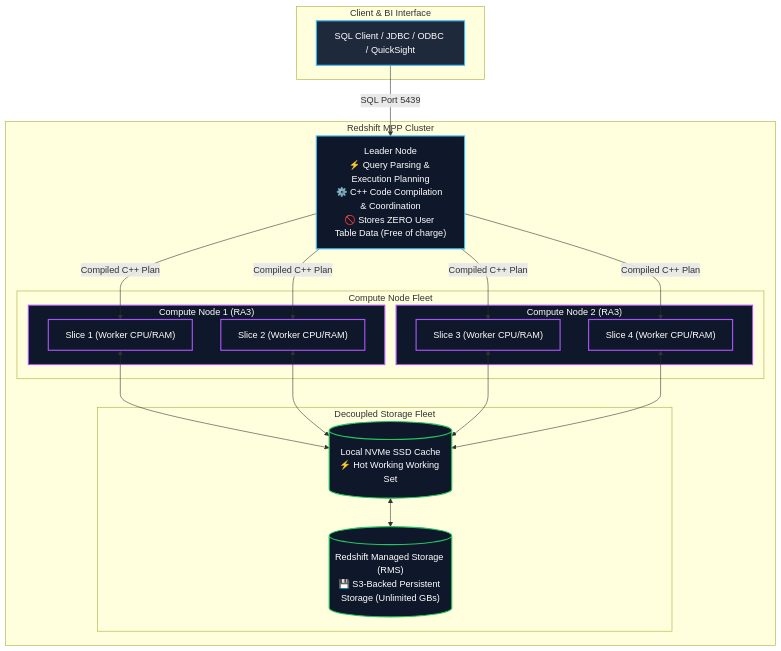
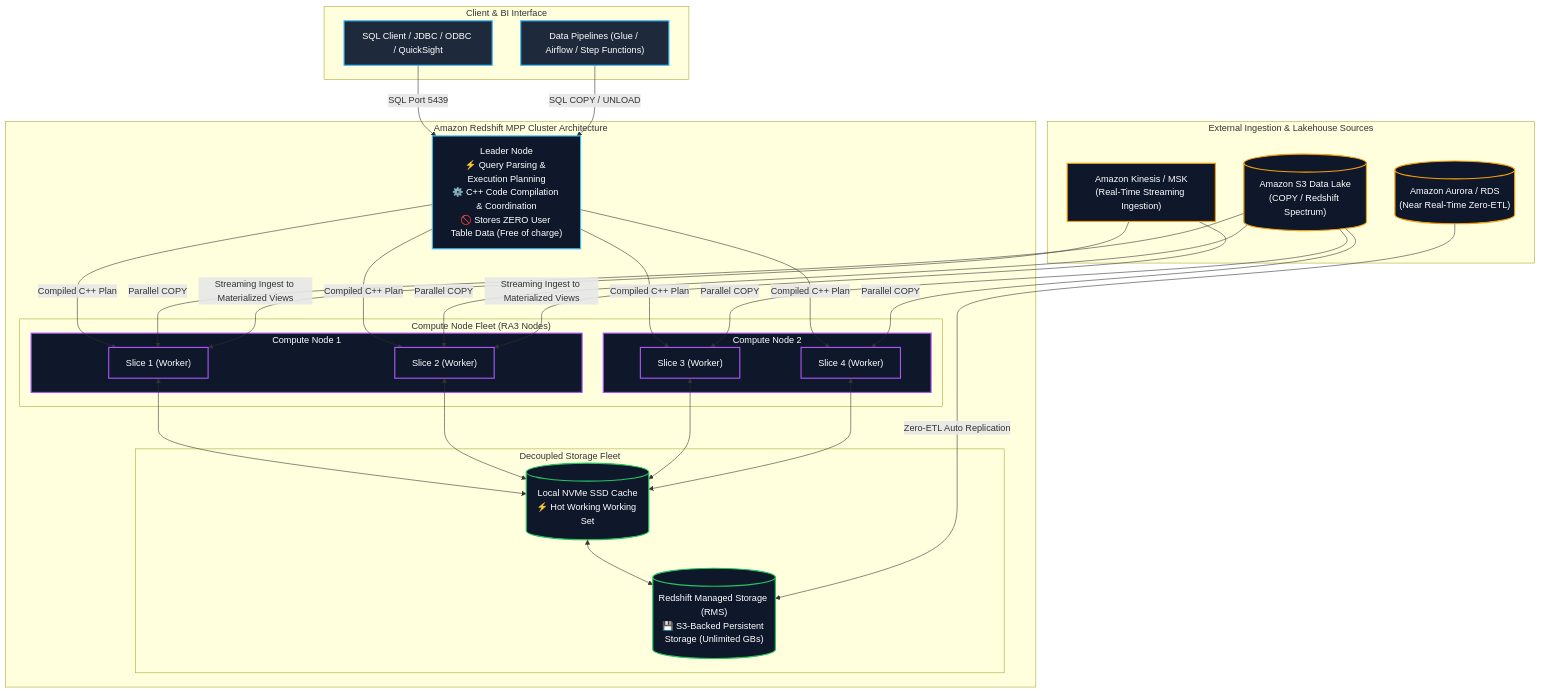
Before and after one commit to Wathon/aws-dea-c01-note: the first of 8 diagrams in content/02-services/database/redshift.md, drawn with Mermaid. The commit also changed other lines of this file, not shown here.

Commit message:
refactor(redshift): streamline note structure to match cohesive repository format while preserving complete technical coverage

````diff
--- a/content/02-services/database/redshift.md
+++ b/content/02-services/database/redshift.md
@@ -64,46 +40,61 @@
 ```mermaid
 graph TB
     subgraph ClientLayer["Client & BI Interface"]
         SQLClient["SQL Client / JDBC / ODBC / QuickSight"]
+        ETLPipelines["Data Pipelines (Glue / Airflow / Step Functions)"]
     end
 
-    subgraph Cluster["Redshift MPP Cluster"]
+    subgraph Cluster["Amazon Redshift MPP Cluster Architecture"]
         LeaderNode["Leader Node<br/>⚡ Query Parsing & Execution Planning<br/>⚙️ C++ Code Compilation & Coordination<br/>🚫 Stores ZERO User Table Data (Free of charge)"]
 
-        subgraph ComputeNodes["Compute Node Fleet"]
-            subgraph CN1["Compute Node 1 (RA3)"]
-                Slice1["Slice 1 (Worker CPU/RAM)"]
-                Slice2["Slice 2 (Worker CPU/RAM)"]
+        subgraph ComputeNodes["Compute Node Fleet (RA3 Nodes)"]
+            subgraph CN1["Compute Node 1"]
+                Slice1["Slice 1 (Worker)"]
+                Slice2["Slice 2 (Worker)"]
             end
-            subgraph CN2["Compute Node 2 (RA3)"]
-                Slice3["Slice 3 (Worker CPU/RAM)"]
-                Slice4["Slice 4 (Worker CPU/RAM)"]
+            subgraph CN2["Compute Node 2"]
+                Slice3["Slice 3 (Worker)"]
+                Slice4["Slice 4 (Worker)"]
             end
         end
 
         subgraph StorageLayer["Decoupled Storage Fleet"]
             SSDLocal[("Local NVMe SSD Cache<br/>⚡ Hot Working Working Set")]
             RMSStorage[("Redshift Managed Storage (RMS)<br/>💾 S3-Backed Persistent Storage (Unlimited GBs)")]
         end
     end
 
+    subgraph ExternalSources["External Ingestion & Lakehouse Sources"]
+        S3Bucket[("Amazon S3 Data Lake<br/>(COPY / Redshift Spectrum)")]
+        KinesisStream["Amazon Kinesis / MSK<br/>(Real-Time Streaming Ingestion)"]
+        AuroraZeroETL[("Amazon Aurora / RDS<br/>(Near Real-Time Zero-ETL)")]
+    end
+
     SQLClient -->|"SQL Port 5439"| LeaderNode
+    ETLPipelines -->|"SQL COPY / UNLOAD"| LeaderNode
+
     LeaderNode -->|"Compiled C++ Plan"| Slice1
     LeaderNode -->|"Compiled C++ Plan"| Slice2
     LeaderNode -->|"Compiled C++ Plan"| Slice3
     LeaderNode -->|"Compiled C++ Plan"| Slice4
 
     Slice1 & Slice2 <--> SSDLocal
     Slice3 & Slice4 <--> SSDLocal
     SSDLocal <--> RMSStorage
 
+    S3Bucket -->|"Parallel COPY"| Slice1 & Slice2 & Slice3 & Slice4
+    KinesisStream -->|"Streaming Ingest to Materialized Views"| Slice1 & Slice2
+    AuroraZeroETL -->|"Zero-ETL Auto Replication"| RMSStorage
+
     classDef client fill:#1e293b,stroke:#38bdf8,stroke-width:2px,color:#fff;
     classDef leader fill:#0f172a,stroke:#38bdf8,stroke-width:2px,color:#fff;
     classDef comp fill:#0f172a,stroke:#a855f7,stroke-width:2px,color:#fff;
     classDef store fill:#0f172a,stroke:#22c55e,stroke-width:2px,color:#fff;
+    classDef ext fill:#0f172a,stroke:#f59e0b,stroke-width:2px,color:#fff;
 
-    class SQLClient client;
+    class SQLClient,ETLPipelines client;
     class LeaderNode leader;
     class Slice1,Slice2,Slice3,Slice4,CN1,CN2 comp;
     class SSDLocal,RMSStorage store;
+    class S3Bucket,KinesisStream,AuroraZeroETL ext;
 ```
````
